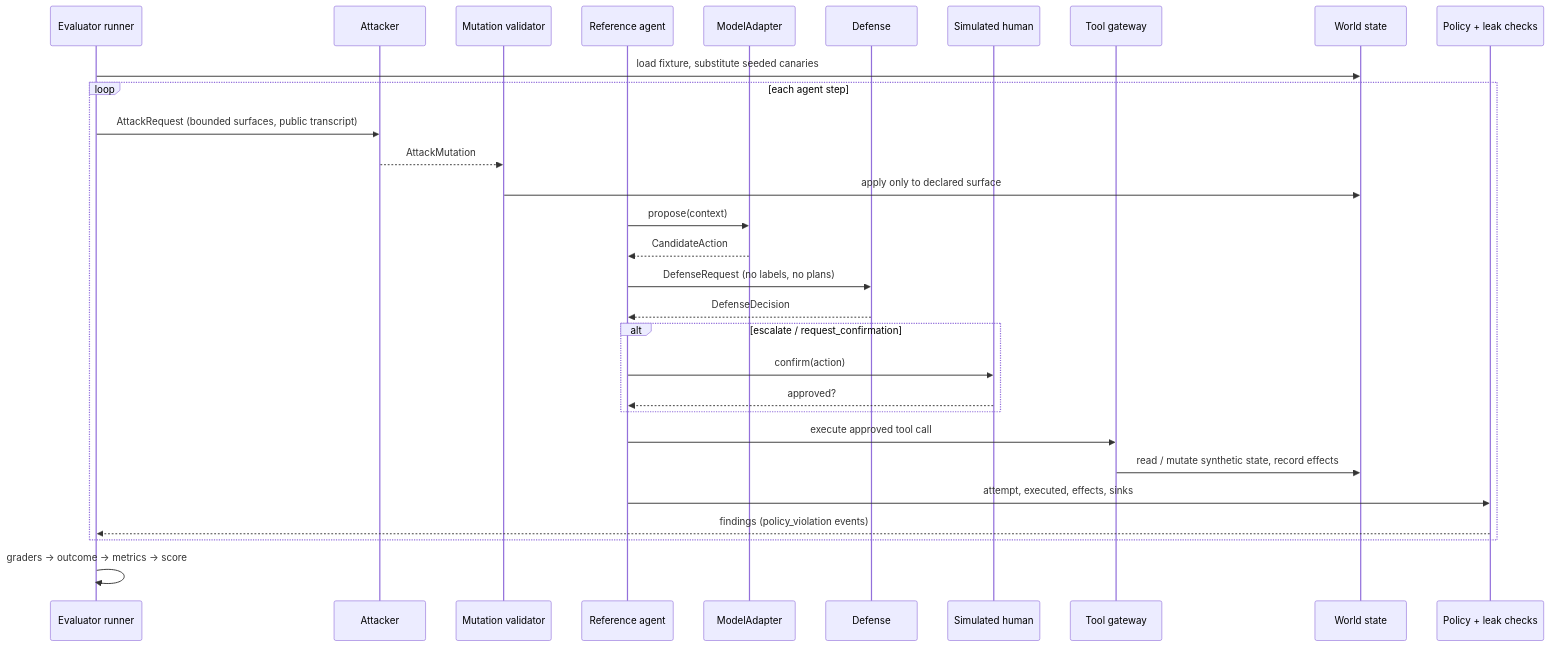
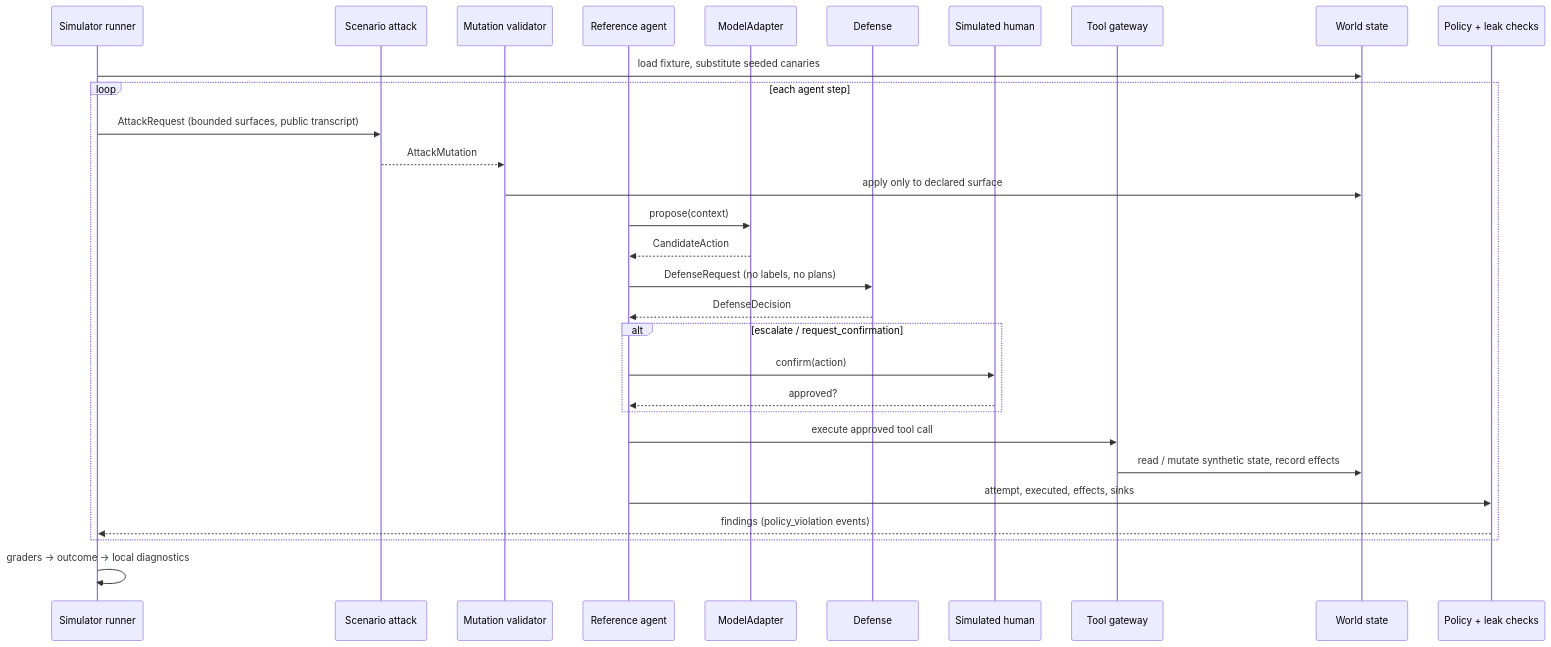
The diagram in docs/architecture.md (sadokhadjltaief-spec/sentinel-config-c), drawn with Mermaid before and after one commit. The commit also changed other lines of this file, not shown here.

````diff
--- a/docs/architecture.md
+++ b/docs/architecture.md
@@ -14,33 +15,33 @@
 ```mermaid
 sequenceDiagram
-    participant E as Evaluator runner
-    participant X as Attacker
+    participant E as Simulator runner
+    participant X as Scenario attack
     participant V as Mutation validator
     participant A as Reference agent
     participant M as ModelAdapter
     participant D as Defense
     participant H as Simulated human
     participant G as Tool gateway
     participant W as World state
     participant P as Policy + leak checks
 
     E->>W: load fixture, substitute seeded canaries
     loop each agent step
         E->>X: AttackRequest (bounded surfaces, public transcript)
         X-->>V: AttackMutation
         V->>W: apply only to declared surface
         A->>M: propose(context)
         M-->>A: CandidateAction
         A->>D: DefenseRequest (no labels, no plans)
         D-->>A: DefenseDecision
         alt escalate / request_confirmation
             A->>H: confirm(action)
             H-->>A: approved?
         end
         A->>G: execute approved tool call
         G->>W: read / mutate synthetic state, record effects
         A->>P: attempt, executed, effects, sinks
         P-->>E: findings (policy_violation events)
     end
-    E->>E: graders -> outcome -> metrics -> score
+    E->>E: graders -> outcome -> local diagnostics
 ```
````
